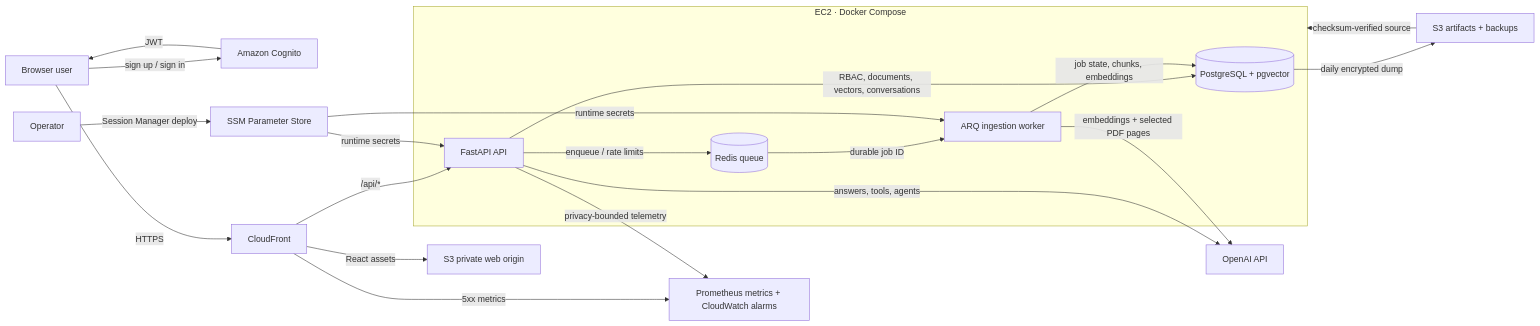
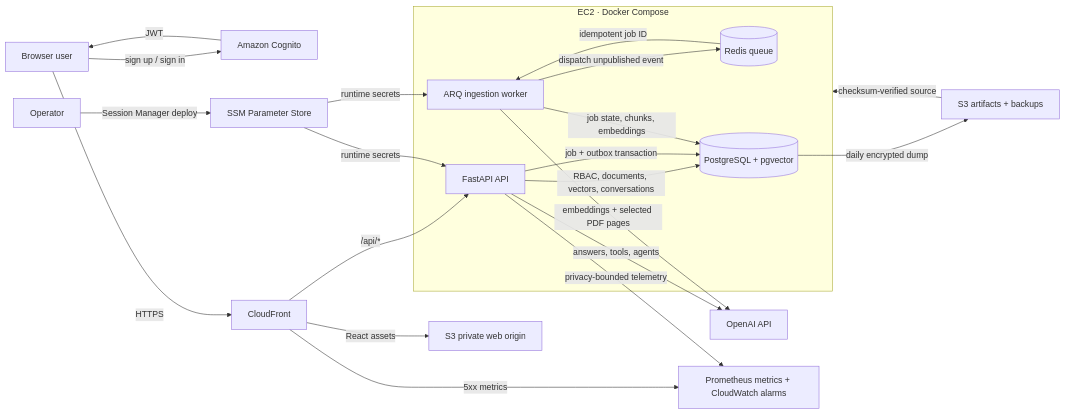
Before and after one commit to hongweihsu/dev-atlas: the diagram in docs/architecture/system-overview.md, drawn with Mermaid. The commit also changed 12 other files, not shown here.

````diff
--- a/docs/architecture/system-overview.md
+++ b/docs/architecture/system-overview.md
@@ -10,41 +10,42 @@
 ```mermaid
 flowchart LR
   user[Browser user]
   operator[Operator]
   cognito[Amazon Cognito]
   cloudfront[CloudFront]
   web[S3 private web origin]
 
   subgraph ec2[EC2 · Docker Compose]
     api[FastAPI API]
     worker[ARQ ingestion worker]
     redis[(Redis queue)]
     postgres[(PostgreSQL + pgvector)]
   end
 
   openai[OpenAI API]
   artifacts[S3 artifacts + backups]
   ssm[SSM Parameter Store]
   monitoring[Prometheus metrics + CloudWatch alarms]
 
   user -->|sign up / sign in| cognito
   cognito -->|JWT| user
   user -->|HTTPS| cloudfront
   cloudfront -->|React assets| web
   cloudfront -->|/api/*| api
 
   api -->|RBAC, documents, vectors, conversations| postgres
-  api -->|enqueue / rate limits| redis
-  redis -->|durable job ID| worker
+  api -->|job + outbox transaction| postgres
+  worker -->|dispatch unpublished event| redis
+  redis -->|idempotent job ID| worker
   worker -->|job state, chunks, embeddings| postgres
   api -->|answers, tools, agents| openai
   worker -->|embeddings + selected PDF pages| openai
 
   operator -->|Session Manager deploy| ssm
   ssm -->|runtime secrets| api
   ssm -->|runtime secrets| worker
   artifacts -->|checksum-verified source| ec2
   postgres -->|daily encrypted dump| artifacts
   api -->|privacy-bounded telemetry| monitoring
   cloudfront -->|5xx metrics| monitoring
 ```
````
